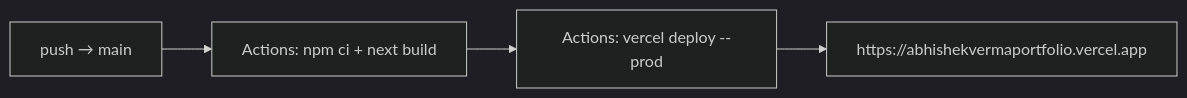
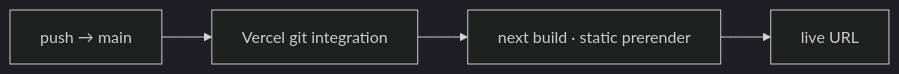
Before and after one commit to abhishekverma1996/devopsportfolio: the diagram in README.md, drawn with Mermaid (dark theme). The commit also changed other lines of this file, not shown here.

````diff
--- a/README.md
+++ b/README.md
@@ -22,6 +45,6 @@
 ```mermaid
 flowchart LR
-    A[push → main] --> B[Actions: npm ci + next build]
-    B --> C[Actions: vercel deploy --prod]
-    C --> D[https://abhishekvermaportfolio.vercel.app]
+    A[push → main] --> B[Vercel git integration]
+    B --> C[next build · static prerender]
+    C --> D[live URL]
 ```
````
